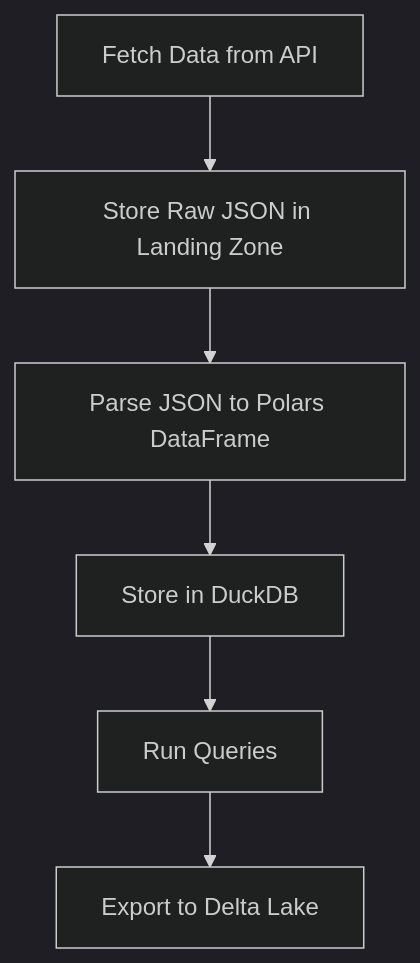
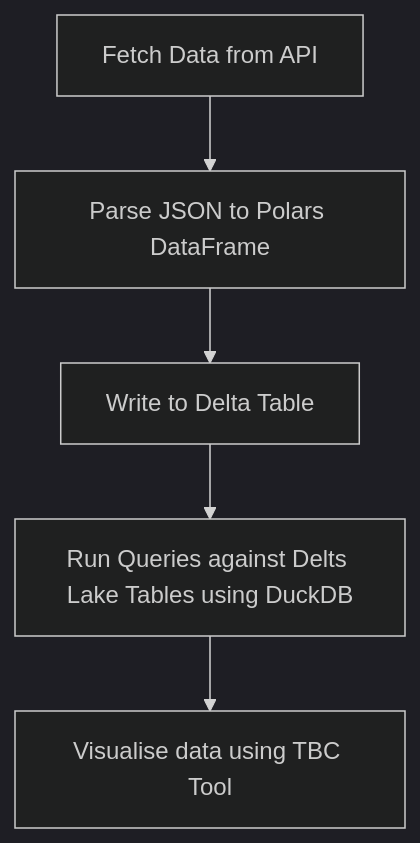
Before and after one commit to JoshWardUK/F1Project: the diagram in README.md, drawn with Mermaid (dark theme).

````diff
--- a/README.md
+++ b/README.md
@@ -54,8 +54,7 @@
 ```mermaid
 graph TD;
-    A[Fetch Data from API] --> B[Store Raw JSON in Landing Zone]
-    B --> C[Parse JSON to Polars DataFrame]
-    C --> D[Store in DuckDB]
-    D --> E[Run Queries]
-    E --> F[Export to Delta Lake]
+    A[Fetch Data from API] --> B[Parse JSON to Polars DataFrame]
+    B --> C[Write to Delta Table]
+    C --> D[Run Queries against Delts Lake Tables using DuckDB]
+    D --> E[Visualise data using TBC Tool]
 ```
````
